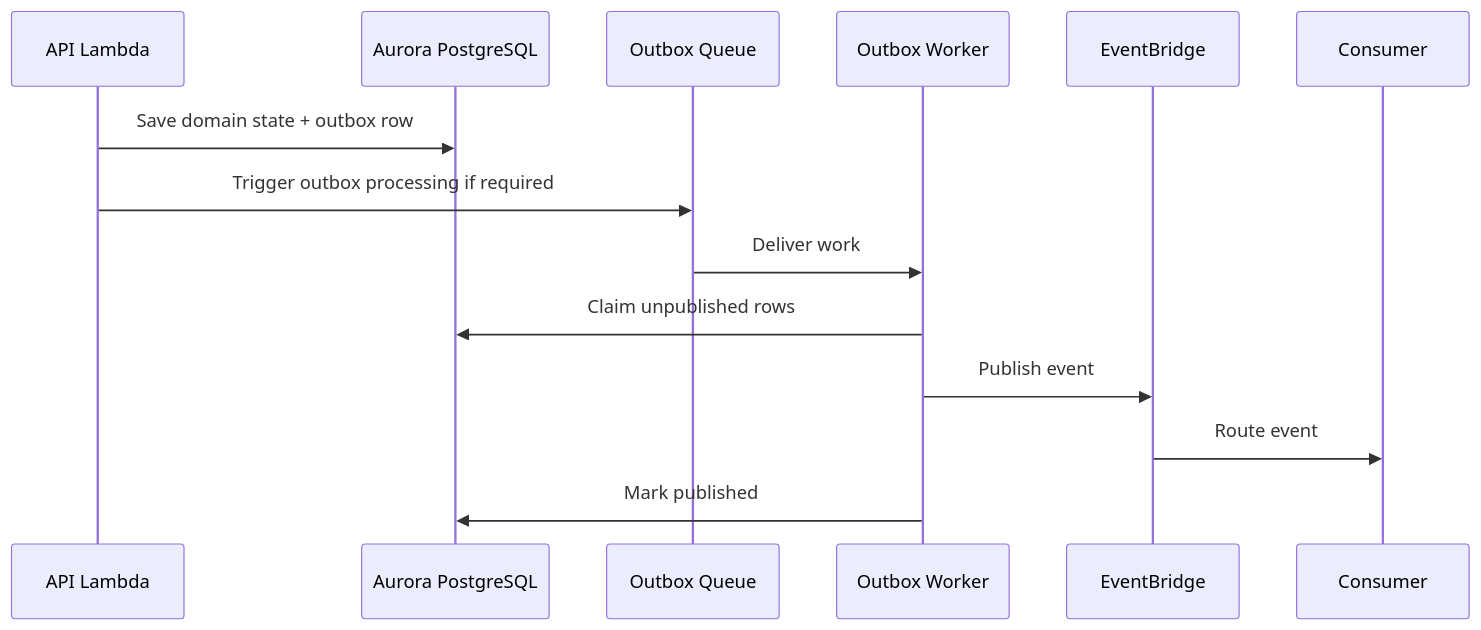
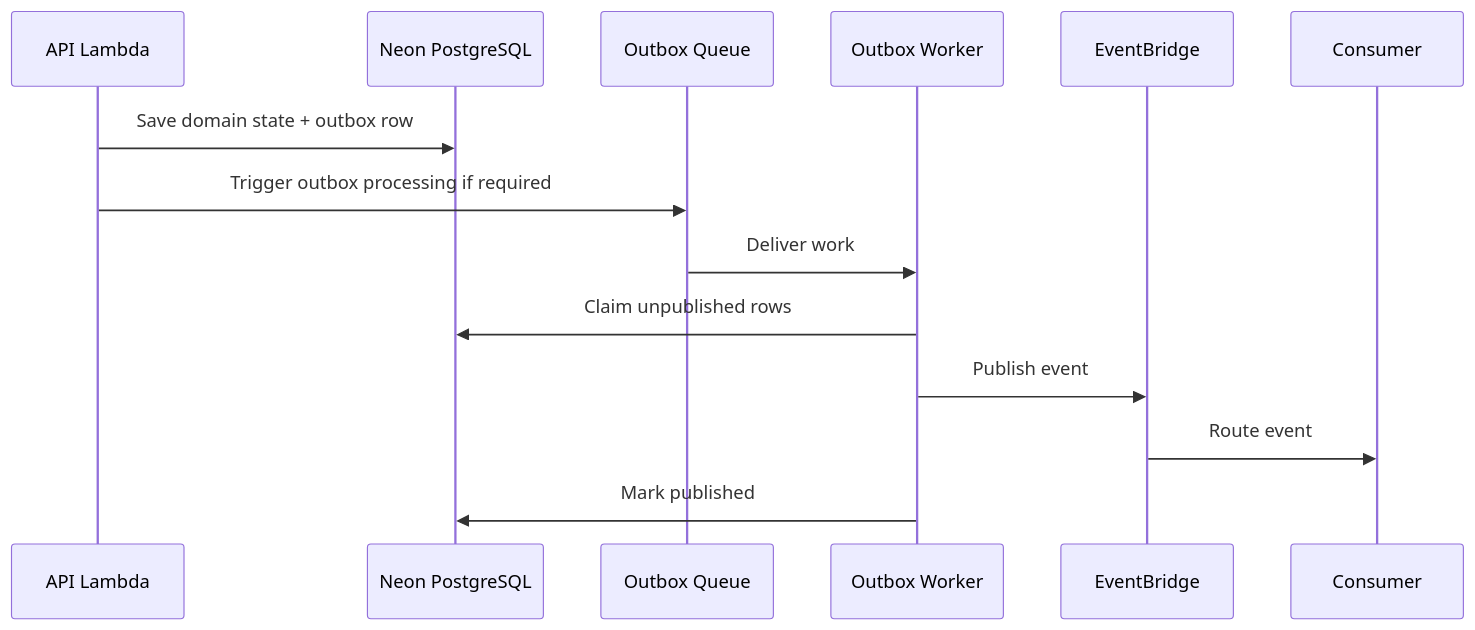
The second of 2 diagrams in docs/01_AWS_Infrastructure_LLD.md (yanivkrispel-cyber/Tempo), drawn with Mermaid before and after one commit. The commit also changed other lines of this file, not shown here.

First line of the commit message:
docs(lld-01): bring the infrastructure LLD in line with Neon, no VPC and SSM secrets (#41)

````diff
--- a/docs/01_AWS_Infrastructure_LLD.md
+++ b/docs/01_AWS_Infrastructure_LLD.md
@@ -1047,17 +927,17 @@
 ```mermaid
 sequenceDiagram
     participant API as API Lambda
-    participant DB as Aurora PostgreSQL
+    participant DB as Neon PostgreSQL
     participant Q as Outbox Queue
     participant W as Outbox Worker
     participant EB as EventBridge
     participant C as Consumer
 
     API->>DB: Save domain state + outbox row
     API->>Q: Trigger outbox processing if required
     Q->>W: Deliver work
     W->>DB: Claim unpublished rows
     W->>EB: Publish event
     EB->>C: Route event
     W->>DB: Mark published
 ```
````
